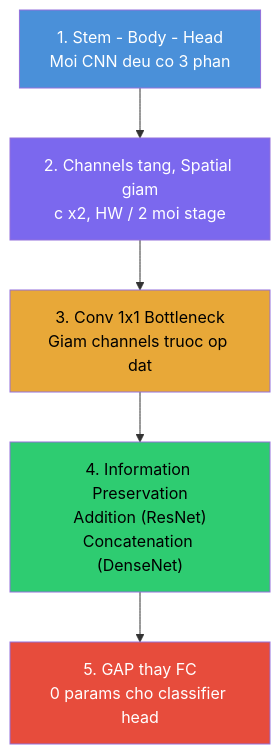
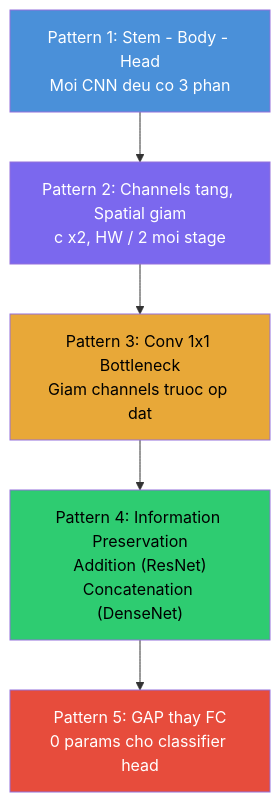
The second of 2 diagrams in 10_Projects/D2L/Tổng ôn Buổi 25-36.md (sakanaowo/Obsidian-Vault), drawn with Mermaid before and after one commit. The commit also changed other lines of this file and 11 other files, not shown here.

````diff
--- a/10_Projects/D2L/Tổng ôn Buổi 25-36.md
+++ b/10_Projects/D2L/Tổng ôn Buổi 25-36.md
@@ -601,16 +603,16 @@
 ```mermaid
 graph TD
-    P1["1. Stem - Body - Head<br>Moi CNN deu co 3 phan"]
-    P2["2. Channels tang, Spatial giam<br>c x2, HW / 2 moi stage"]
-    P3["3. Conv 1x1 Bottleneck<br>Giam channels truoc op dat"]
-    P4["4. Information Preservation<br>Addition (ResNet)<br>Concatenation (DenseNet)"]
-    P5["5. GAP thay FC<br>0 params cho classifier head"]
+    P1["Pattern 1: Stem - Body - Head<br>Moi CNN deu co 3 phan"]
+    P2["Pattern 2: Channels tang, Spatial giam<br>c x2, HW / 2 moi stage"]
+    P3["Pattern 3: Conv 1x1 Bottleneck<br>Giam channels truoc op dat"]
+    P4["Pattern 4: Information Preservation<br>Addition (ResNet)<br>Concatenation (DenseNet)"]
+    P5["Pattern 5: GAP thay FC<br>0 params cho classifier head"]
 
     P1 --> P2 --> P3 --> P4 --> P5
 
     style P1 fill:#4A90D9,color:#fff
     style P2 fill:#7B68EE,color:#fff
     style P3 fill:#E8A838,color:#000
     style P4 fill:#2ECC71,color:#000
     style P5 fill:#E74C3C,color:#fff
 ```
````
